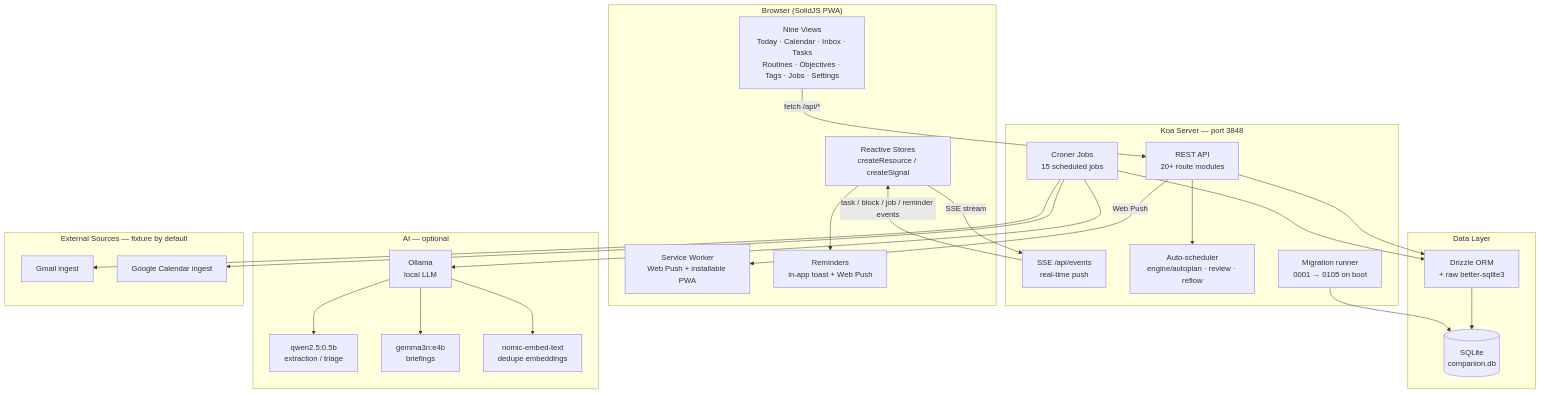
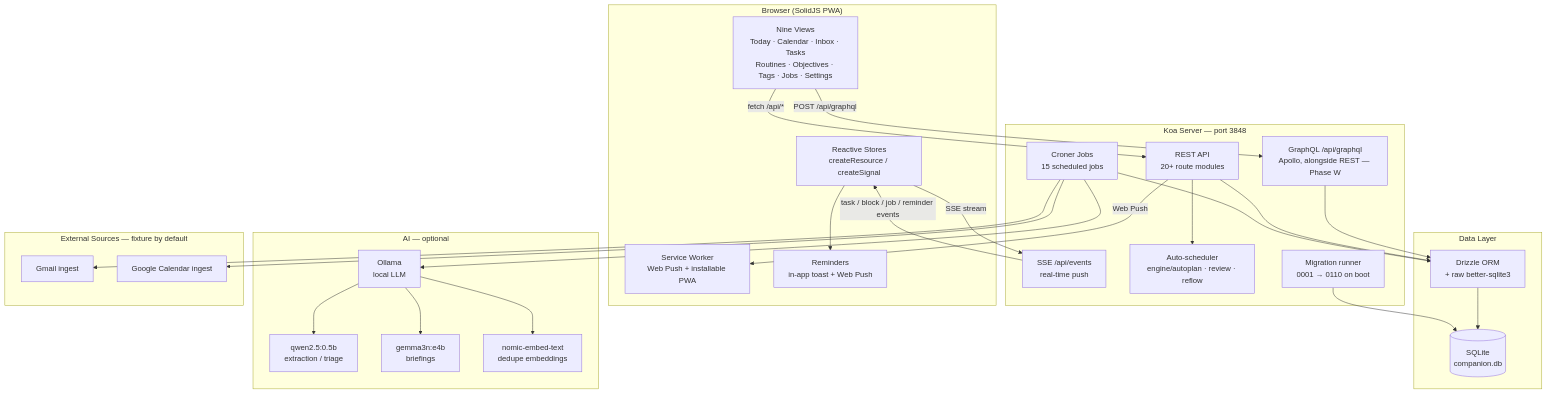
Before and after one commit to companionintelligence/CI-Planning: the diagram in README.md, drawn with Mermaid. The commit also changed other lines of this file and 3 other files, not shown here.

````diff
--- a/README.md
+++ b/README.md
@@ -96,51 +96,54 @@
 ```mermaid
 graph TB
     subgraph Browser["Browser (SolidJS PWA)"]
         UI[Nine Views<br/>Today · Calendar · Inbox · Tasks<br/>Routines · Objectives · Tags · Jobs · Settings]
         Store[Reactive Stores<br/>createResource / createSignal]
         SW[Service Worker<br/>Web Push + installable PWA]
         BN[Reminders<br/>in-app toast + Web Push]
     end
 
     subgraph Server["Koa Server — port 3848"]
         API[REST API<br/>20+ route modules]
+        GQL[GraphQL /api/graphql<br/>Apollo, alongside REST — Phase W]
         SSE[SSE /api/events<br/>real-time push]
         Engine[Auto-scheduler<br/>engine/autoplan · review · reflow]
         Cron[Croner Jobs<br/>15 scheduled jobs]
-        Migrate[Migration runner<br/>0001 → 0105 on boot]
+        Migrate[Migration runner<br/>0001 → 0110 on boot]
     end
 
     subgraph Data["Data Layer"]
         DB[(SQLite<br/>companion.db)]
         Drizzle[Drizzle ORM<br/>+ raw better-sqlite3]
     end
 
     subgraph AI["AI — optional"]
         Ollama[Ollama<br/>local LLM]
         Small["qwen2.5:0.5b<br/>extraction / triage"]
         Medium["gemma3n:e4b<br/>briefings"]
         Embed["nomic-embed-text<br/>dedupe embeddings"]
     end
 
     subgraph Sources["External Sources — fixture by default"]
         Gmail[Gmail ingest]
         GCal[Google Calendar ingest]
     end
 
     UI -->|"fetch /api/*"| API
+    UI -->|"POST /api/graphql"| GQL
     Store -->|SSE stream| SSE
     API --> Engine
+    GQL --> Drizzle
     API --> Drizzle
     Cron --> Drizzle
     Cron --> Ollama
     Cron --> Gmail
     Cron --> GCal
     Drizzle --> DB
     Migrate --> DB
     Ollama --> Small
     Ollama --> Medium
     Ollama --> Embed
     SSE -->|task / block / job / reminder events| Store
     Store --> BN
     API -->|Web Push| SW
 ```
````
